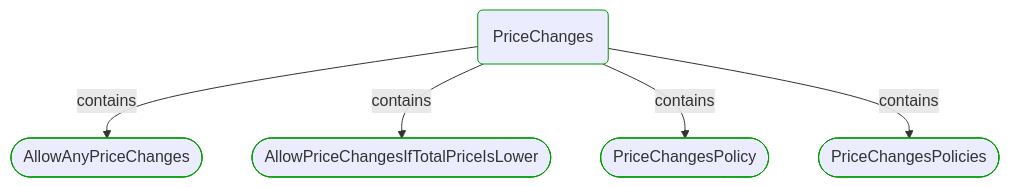
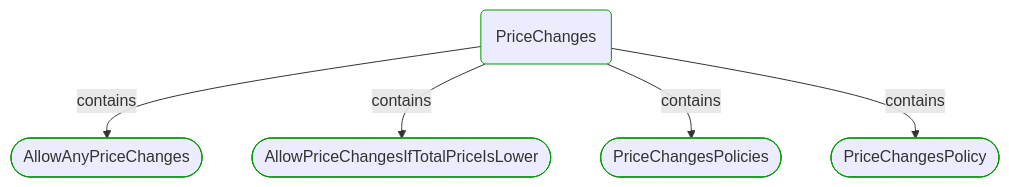
One commit to itlibrium/DDD-starter-dotnet changed the third of 5 diagrams in Docs/P3/MermaidOutput/Modules/Sales/Orders/PriceChanges/PriceChanges.md. Above: the diagram before and after it, drawn with Mermaid. The commit also changed 78 other files, not shown here.

````diff
--- a/Docs/P3/MermaidOutput/Modules/Sales/Orders/PriceChanges/PriceChanges.md
+++ b/Docs/P3/MermaidOutput/Modules/Sales/Orders/PriceChanges/PriceChanges.md
@@ -48,20 +48,20 @@
 ```mermaid
   flowchart TB
     0(PriceChanges)
     class 0 DomainPerspective
     1([AllowAnyPriceChanges])
     class 1 DomainPerspective
     0-->|contains|1
     2([AllowPriceChangesIfTotalPriceIsLower])
     class 2 DomainPerspective
     0-->|contains|2
-    3([PriceChangesPolicy])
+    3([PriceChangesPolicies])
     class 3 DomainPerspective
     0-->|contains|3
-    4([PriceChangesPolicies])
+    4([PriceChangesPolicy])
     class 4 DomainPerspective
     0-->|contains|4
     classDef DomainPerspective stroke:#009900
     classDef TechnologyPerspective stroke:#1F41EB
     classDef PeoplePerspective stroke:#FFF014
 ```
````
